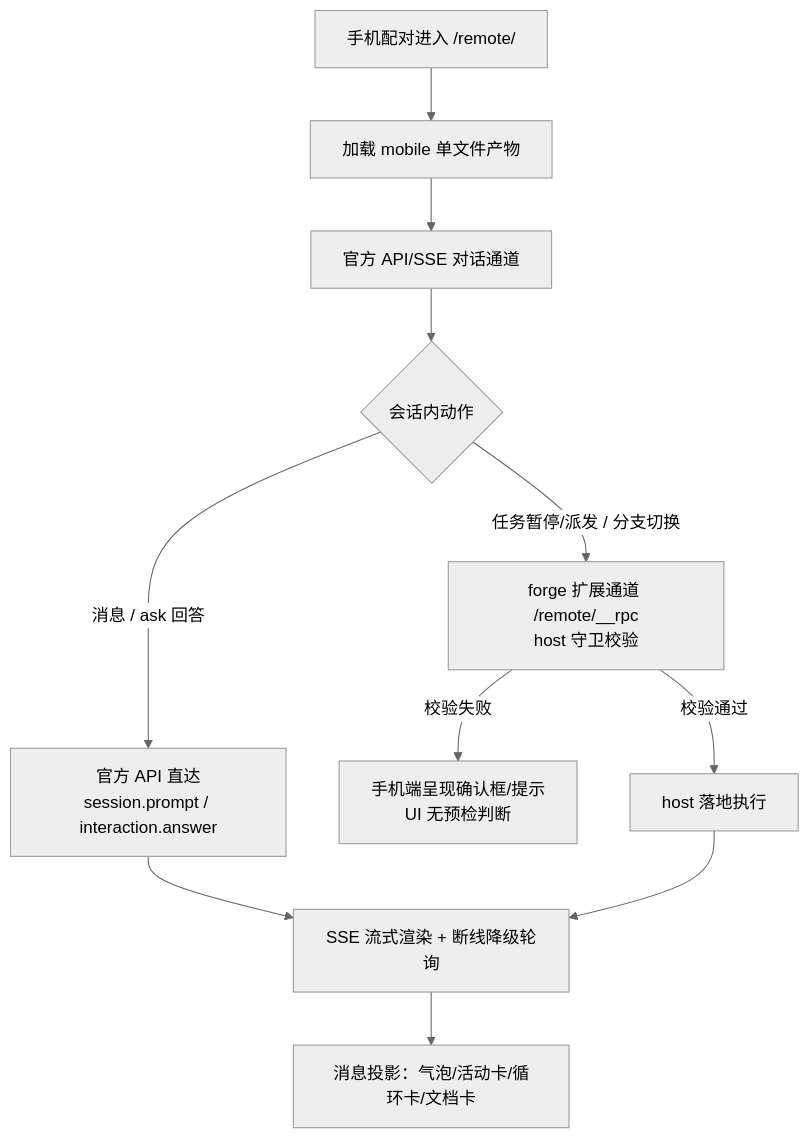
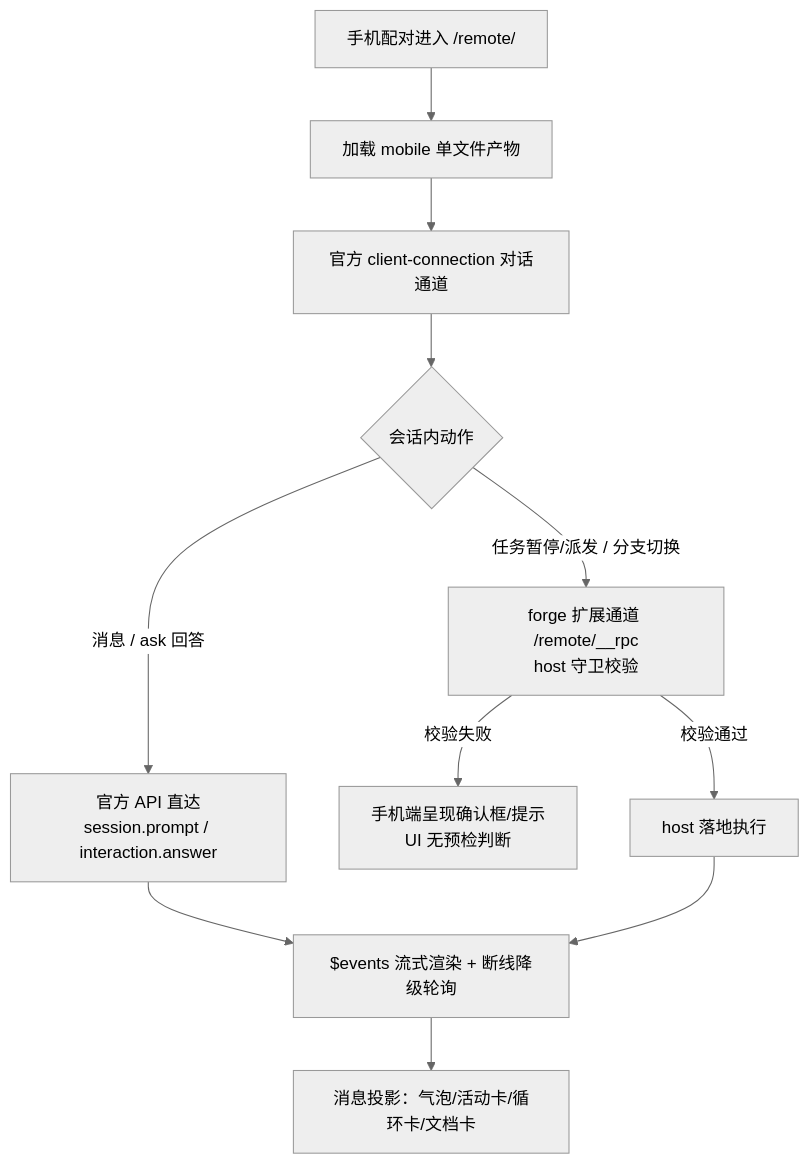
Before and after one commit to bigfaner/dsh-forge: the second of 2 diagrams in .forge/docs/features/mobile-ui/prd/prd-spec.md, drawn with Mermaid (neutral theme). The commit also changed other lines of this file and 6 other files, not shown here.

````diff
--- a/.forge/docs/features/mobile-ui/prd/prd-spec.md
+++ b/.forge/docs/features/mobile-ui/prd/prd-spec.md
@@ -73,13 +73,13 @@
 ```mermaid
 flowchart TD
     A[手机配对进入 /remote/] --> B[加载 mobile 单文件产物]
-    B --> C[官方 API/SSE 对话通道]
+    B --> C[官方 client-connection 对话通道]
     C --> D{会话内动作}
     D -->|消息 / ask 回答| E[官方 API 直达<br/>session.prompt / interaction.answer]
     D -->|任务暂停/派发 / 分支切换| F[forge 扩展通道 /remote/__rpc<br/>host 守卫校验]
     F -->|校验失败| G[手机端呈现确认框/提示<br/>UI 无预检判断]
     F -->|校验通过| H[host 落地执行]
-    E --> I[SSE 流式渲染 + 断线降级轮询]
+    E --> I[$events 流式渲染 + 断线降级轮询]
     H --> I
     I --> J[消息投影：气泡/活动卡/循环卡/文档卡]
 ```
````
